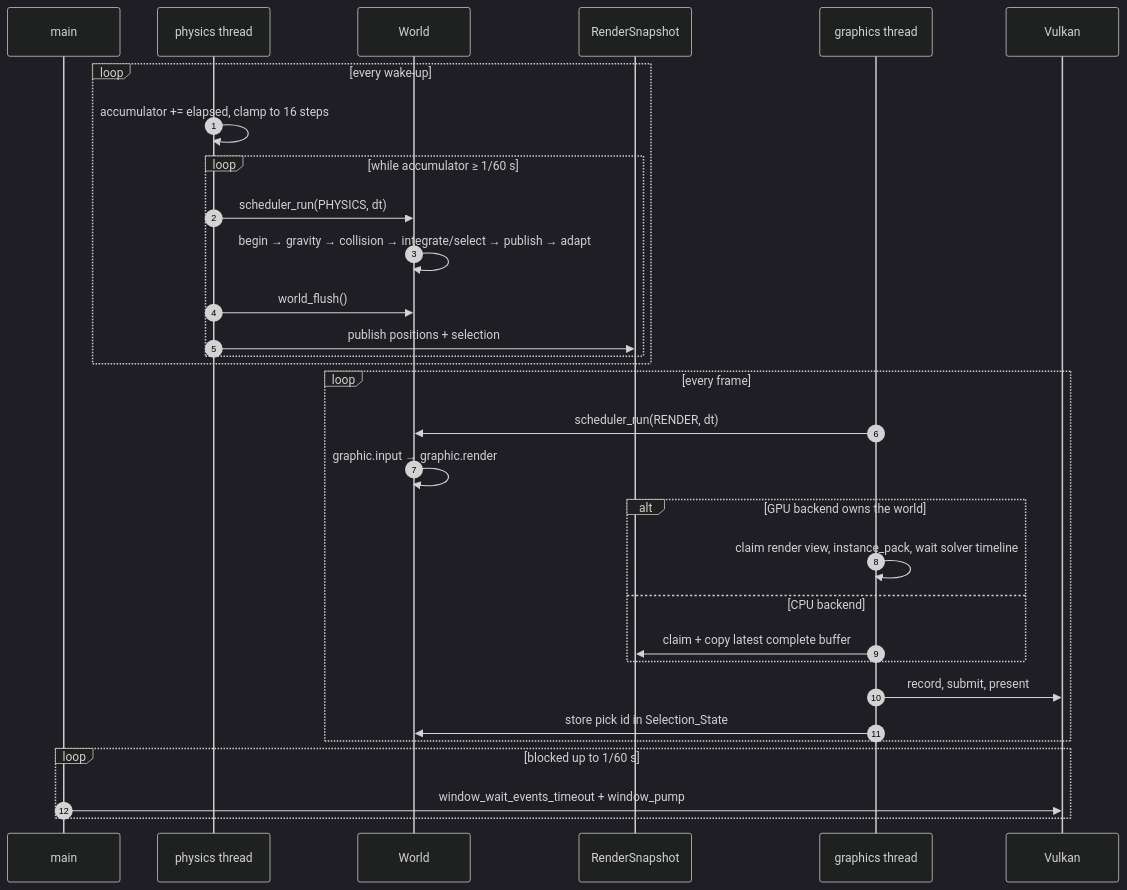
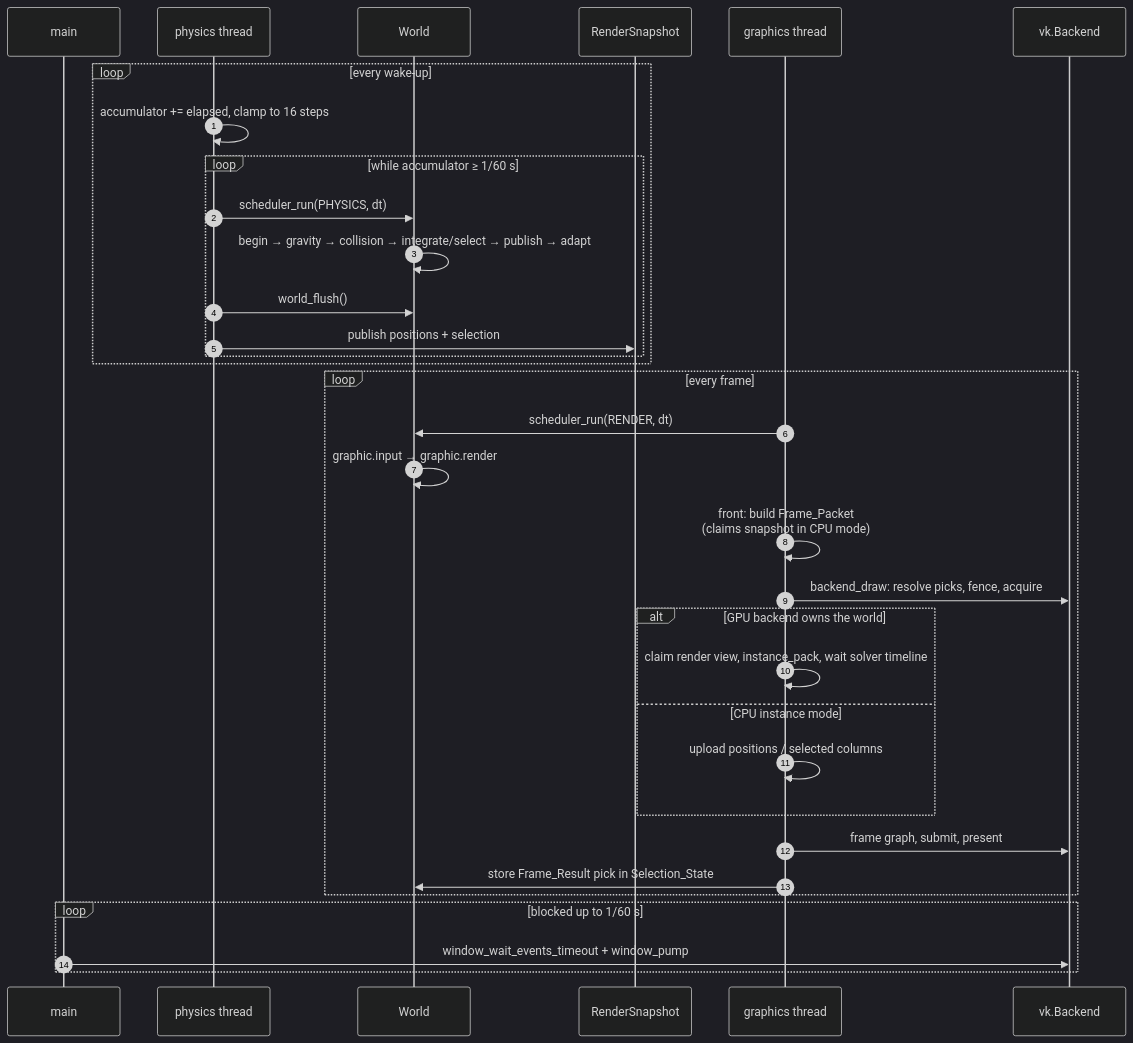
Before and after one commit to TanukiConDos/Gravity-Simulator: the fifth of 7 diagrams in docs/architecture.md, drawn with Mermaid (dark theme). The commit also changed other lines of this file and 8 other files, not shown here.

First line of the commit message:
docs: document the graphics front/backend split and add a layering guard

````diff
--- a/docs/architecture.md
+++ b/docs/architecture.md
@@ -174,36 +191,38 @@
 ```mermaid
 sequenceDiagram
     autonumber
     participant M as main
     participant P as physics thread
     participant W as World
     participant S as RenderSnapshot
     participant G as graphics thread
-    participant V as Vulkan
+    participant V as vk.Backend
 
     loop every wake-up
         P->>P: accumulator += elapsed, clamp to 16 steps
         loop while accumulator ≥ 1/60 s
             P->>W: scheduler_run(PHYSICS, dt)
             W->>W: begin → gravity → collision → integrate/select → publish → adapt
             P->>W: world_flush()
             P->>S: publish positions + selection
         end
     end
 
     loop every frame
         G->>W: scheduler_run(RENDER, dt)
         W->>W: graphic.input → graphic.render
+        G->>G: front: build Frame_Packet<br/>(claims snapshot in CPU mode)
+        G->>V: backend_draw: resolve picks, fence, acquire
         alt GPU backend owns the world
             G->>G: claim render view, instance_pack, wait solver timeline
-        else CPU backend
-            G->>S: claim + copy latest complete buffer
+        else CPU instance mode
+            G->>G: upload positions / selected columns
         end
-        G->>V: record, submit, present
-        G->>W: store pick id in Selection_State
+        G->>V: frame graph, submit, present
+        G->>W: store Frame_Result pick in Selection_State
     end
 
     loop blocked up to 1/60 s
         M->>V: window_wait_events_timeout + window_pump
     end
 ```
````
